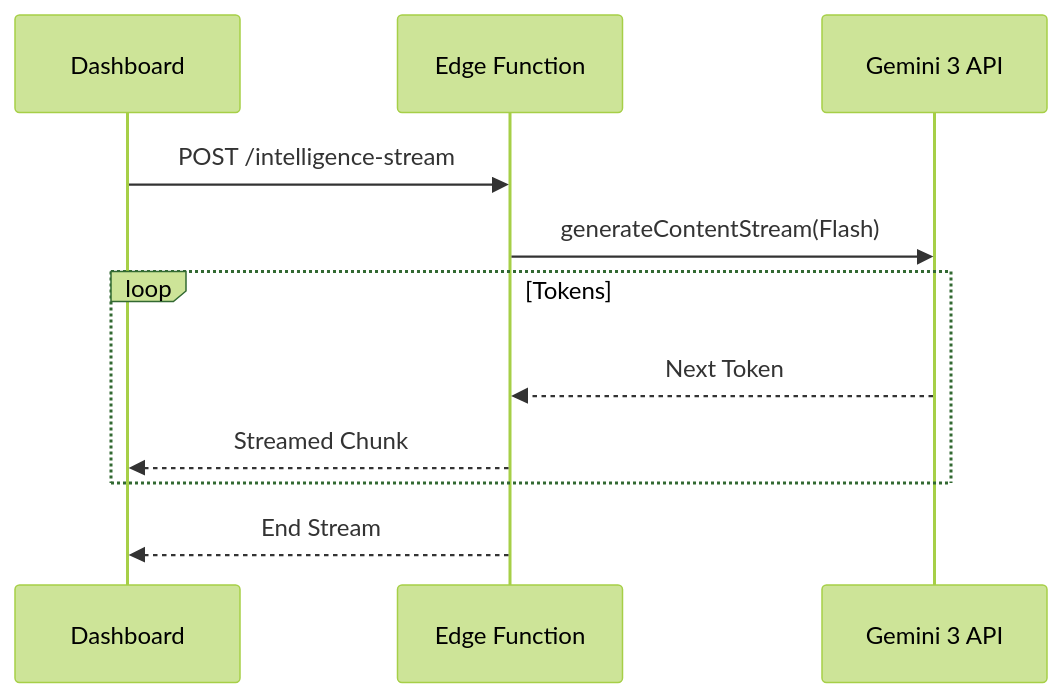
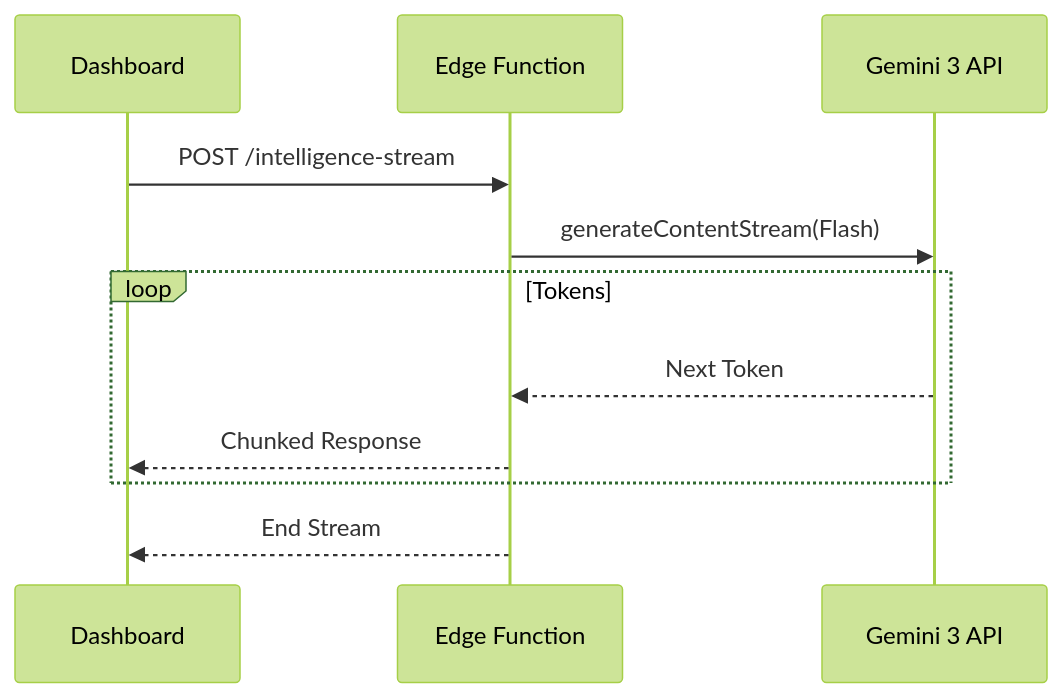
One commit to amo-tech-ai/sunaiv16 changed the second of 2 diagrams in docs/10-supabase-edge-functions-plan.md. Above: the diagram before and after it, drawn with Mermaid (forest theme). The commit also changed other lines of this file and 11 other files, not shown here.

````diff
--- a/docs/10-supabase-edge-functions-plan.md
+++ b/docs/10-supabase-edge-functions-plan.md
@@ -105,14 +106,14 @@
 ```mermaid
 sequenceDiagram
     participant UI as Dashboard
     participant EF as Edge Function
     participant G3 as Gemini 3 API
 
     UI->>EF: POST /intelligence-stream
     EF->>G3: generateContentStream(Flash)
     loop Tokens
         G3-->>EF: Next Token
-        EF-->>UI: Streamed Chunk
+        EF-->>UI: Chunked Response
     end
     EF-->>UI: End Stream
 ```
````
